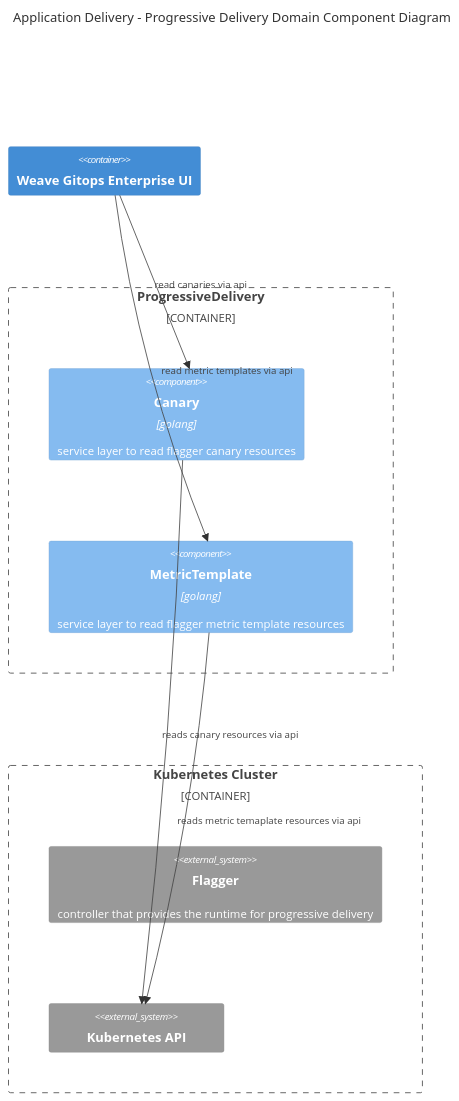
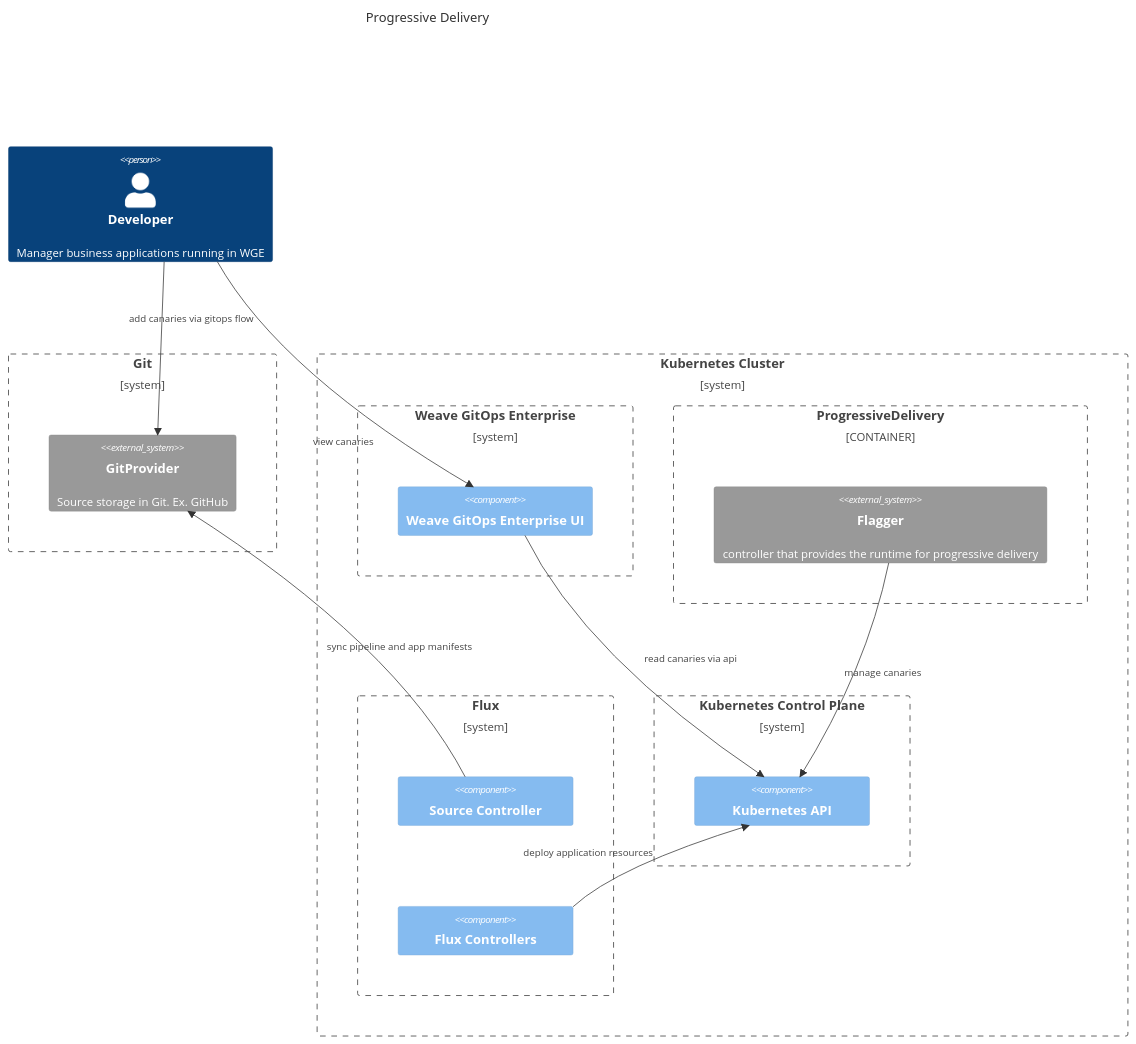
Before and after one commit to weaveworks/weave-gitops-enterprise: the second of 2 diagrams in docs/architecture/application-delivery.md, drawn with Mermaid. The commit also changed other lines of this file and 64 other files, not shown here.

Commit message:
architecture documentation second iteration - completing the full picture

````diff
--- a/docs/architecture/application-delivery.md
+++ b/docs/architecture/application-delivery.md
@@ -69,18 +102,40 @@
 ```mermaid
 C4Component
-      title Application Delivery - Progressive Delivery Domain Component Diagram
-      Container(weaveGitopsEnterpriseUi, "Weave Gitops Enterprise UI")
-      Rel(weaveGitopsEnterpriseUi, Canary, "read canaries via api")
-      Rel(weaveGitopsEnterpriseUi, MetricTemplate, "read metric templates via api")
-      Container_Boundary(ProgressiveDelivery, "ProgressiveDelivery") {
-        Component(Canary, "Canary", "golang", "service layer to read flagger canary resources")
-        Component(MetricTemplate, "MetricTemplate", "golang", "service layer to read flagger metric template resources")
-        Rel(Canary, KubernetesApi, "reads canary resources via api")
-        Rel(MetricTemplate, KubernetesApi, "reads metric temaplate resources via api")      
-      }
-      Container_Boundary(Kubernetes, "Kubernetes Cluster") {
-        System_Ext(Flagger, "Flagger","controller that provides the runtime for progressive delivery")
-        System_Ext(KubernetesApi, "Kubernetes API")
-      }
-      UpdateLayoutConfig($c4ShapeInRow="2", $c4BoundaryInRow="1")       
+    title Progressive Delivery
+    Person(Developer, "Developer", "Manager business applications running in WGE")
+    Rel(Developer, gitProvider, "add canaries via gitops flow")
+    UpdateRelStyle(Developer, gitProvider, $offsetX="-40", $offsetY="-40")
+
+    Boundary(git, "Git") {
+        System_Ext(gitProvider, "GitProvider", "Source storage in Git. Ex. GitHub")
+    }
+
+    Boundary(Kubernetes, "Kubernetes Cluster") {
+        Boundary(wg, "Weave GitOps Enterprise") {
+            Component(WeaveGitopsEnterpriseUI, "Weave GitOps Enterprise UI")
+        }
+        Rel(Developer, WeaveGitopsEnterpriseUI, "view canaries")
+        UpdateRelStyle(Developer, WeaveGitopsEnterpriseUI, $offsetX="-40", $offsetY="80")
+        Rel(WeaveGitopsEnterpriseUI, KubernetesApi, "read canaries via api")
+
+        Container_Boundary(ProgressiveDelivery, "ProgressiveDelivery") {
+            System_Ext(Flagger, "Flagger", "controller that provides the runtime for progressive delivery")
+            Rel(Flagger, KubernetesApi, "manage canaries")
+
+        }
+
+        Boundary(fluxb, "Flux") {
+            Component(sourceController, "Source Controller")
+            Component(fluxControllers, "Flux Controllers")
+        }
+
+        Boundary(KubernetesControlPlane, "Kubernetes Control Plane") {
+            Component(KubernetesApi, "Kubernetes API")
+        }
+
+        Rel(sourceController, gitProvider, "sync pipeline and app manifests")
+        Rel(fluxControllers, KubernetesApi, "deploy application resources")
+        UpdateRelStyle(fluxControllers, KubernetesApi, $offsetX="-170", $offsetY="-20")
+    }
+    UpdateLayoutConfig($c4ShapeInRow="2", $c4BoundaryInRow="2")       
 ```
````
